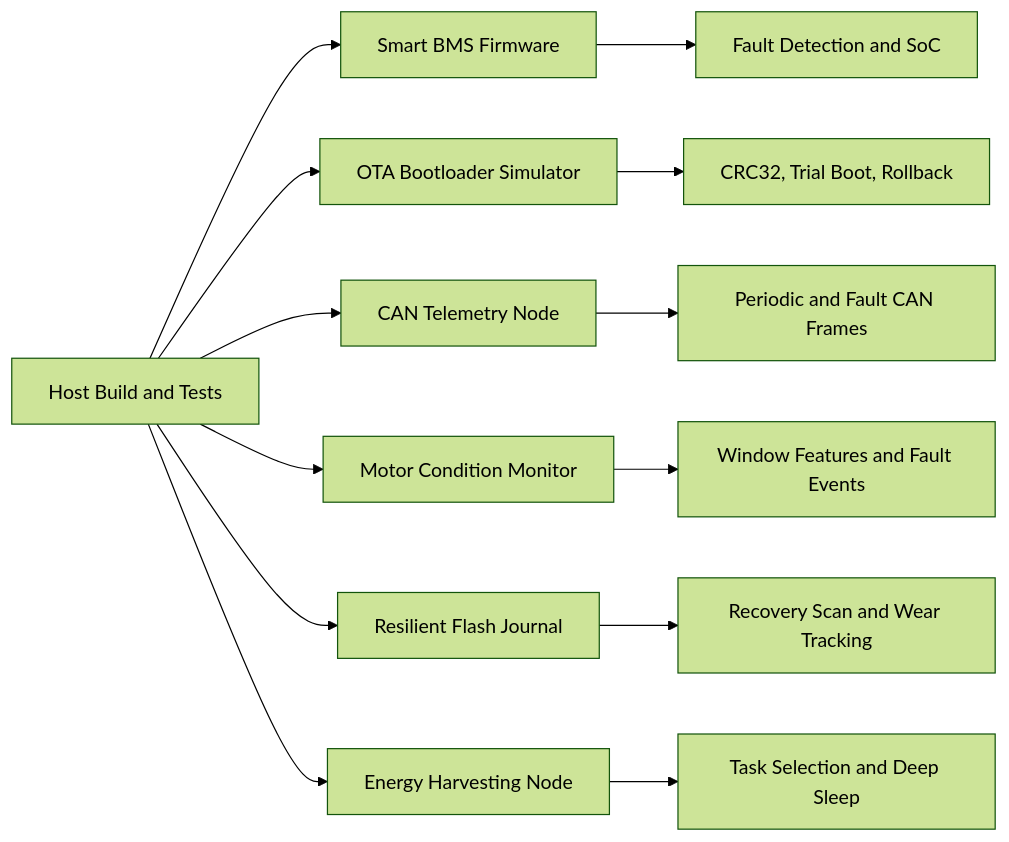
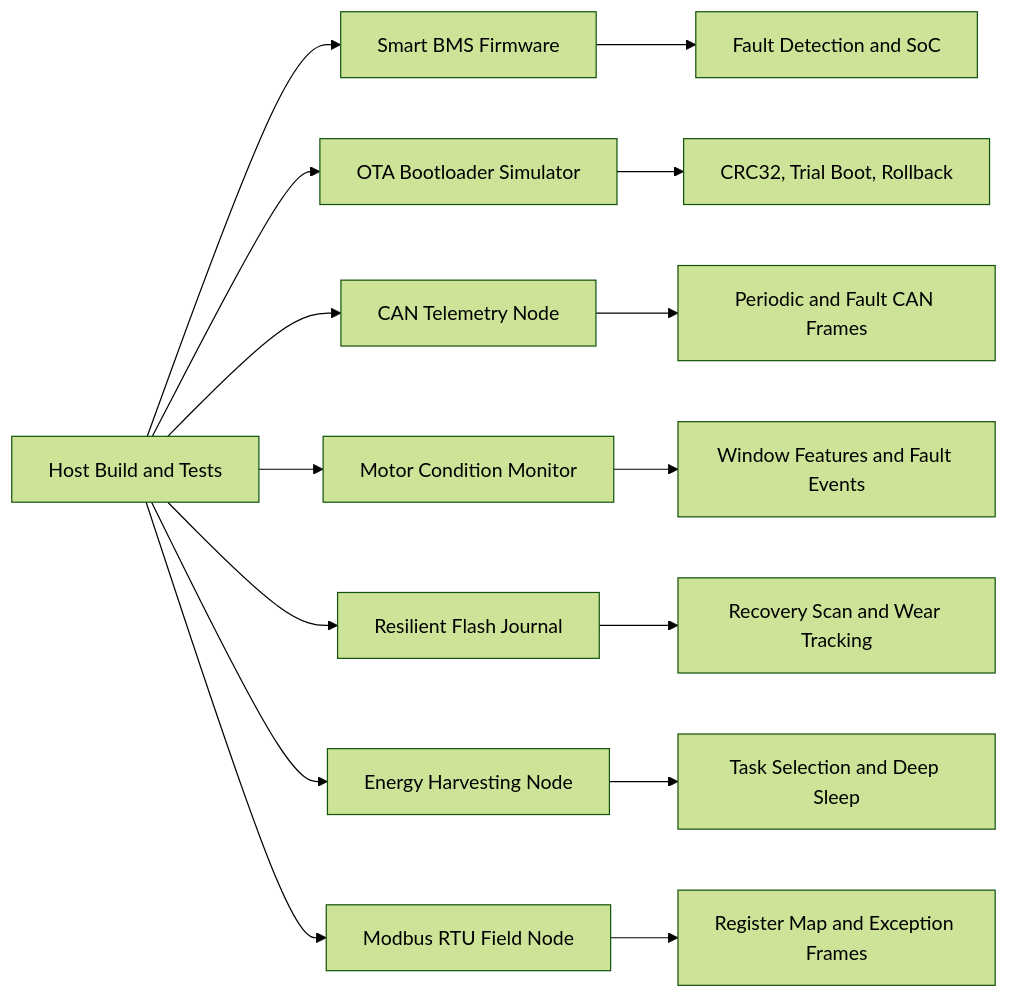
One commit to akifitu/embedded-systems-portfolio-lab changed the diagram in README.md. Above: the diagram before and after it, drawn with Mermaid (forest theme). The commit also changed other lines of this file and 16 other files, not shown here.

Commit message:
Add Modbus RTU field node project

````diff
--- a/README.md
+++ b/README.md
@@ -24,15 +25,17 @@
 ```mermaid
 flowchart LR
     Host[Host Build and Tests] --> BMS[Smart BMS Firmware]
     Host --> OTA[OTA Bootloader Simulator]
     Host --> CAN[CAN Telemetry Node]
     Host --> MCM[Motor Condition Monitor]
     Host --> RFJ[Resilient Flash Journal]
     Host --> EHN[Energy Harvesting Node]
+    Host --> MB[Modbus RTU Field Node]
     BMS --> Safety[Fault Detection and SoC]
     OTA --> Reliability[CRC32, Trial Boot, Rollback]
     CAN --> VehicleBus[Periodic and Fault CAN Frames]
     MCM --> Predictive[Window Features and Fault Events]
     RFJ --> Persistence[Recovery Scan and Wear Tracking]
     EHN --> Power[Task Selection and Deep Sleep]
+    MB --> Industrial[Register Map and Exception Frames]
 ```
````
